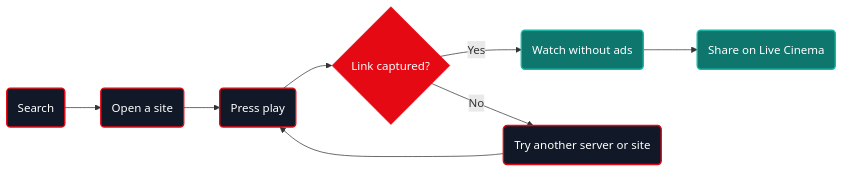
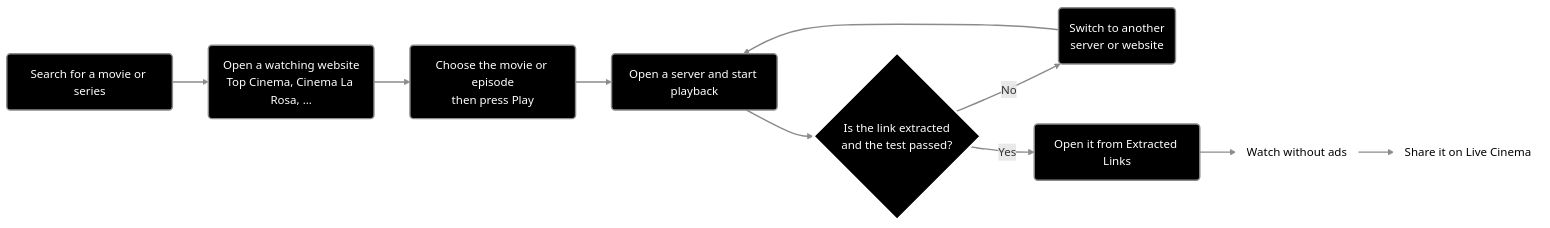
The diagram in README.md (X5Coder/Streamo), drawn with Mermaid before and after one commit. The commit also changed other lines of this file, not shown here.

````diff
--- a/README.md
+++ b/README.md
@@ -22,17 +32,20 @@
 ```mermaid
 flowchart LR
-    A(Search) --> B(Open a site)
-    B --> C(Press play)
-    C --> D{Link captured?}
-    D -- Yes --> E(Watch without ads)
-    D -- No --> F(Try another server or site)
-    F --> C
-    E --> G(Share on Live Cinema)
+    A(Search for a movie or series) --> B(Open a watching website<br/>Top Cinema, Cinema La Rosa, ...)
+    B --> C(Choose the movie or episode<br/>then press Play)
+    C --> D(Open a server and start playback)
+    D --> E{Is the link extracted<br/>and the test passed?}
+    E -- No --> F(Switch to another<br/>server or website)
+    F --> D
+    E -- Yes --> G(Open it from Extracted Links)
+    G --> H(Watch without ads)
+    H --> I(Share it on Live Cinema)
 
-    classDef step fill:#111827,stroke:#E50914,stroke-width:2px,color:#ffffff;
-    classDef check fill:#E50914,stroke:#E50914,color:#ffffff;
-    classDef done fill:#0f766e,stroke:#14b8a6,stroke-width:2px,color:#ffffff;
-    class A,B,C,F step;
-    class D check;
-    class E,G done;
+    classDef step fill:#000000,stroke:#8b8b8b,stroke-width:2px,color:#ffffff;
+    classDef check fill:#000000,stroke:#ffffff,stroke-width:3px,color:#ffffff;
+    classDef done fill:#ffffff,stroke:#ffffff,stroke-width:2px,color:#000000;
+    class A,B,C,D,F,G step;
+    class E check;
+    class H,I done;
+    linkStyle default stroke:#8b8b8b,stroke-width:2px;
 ```
````
